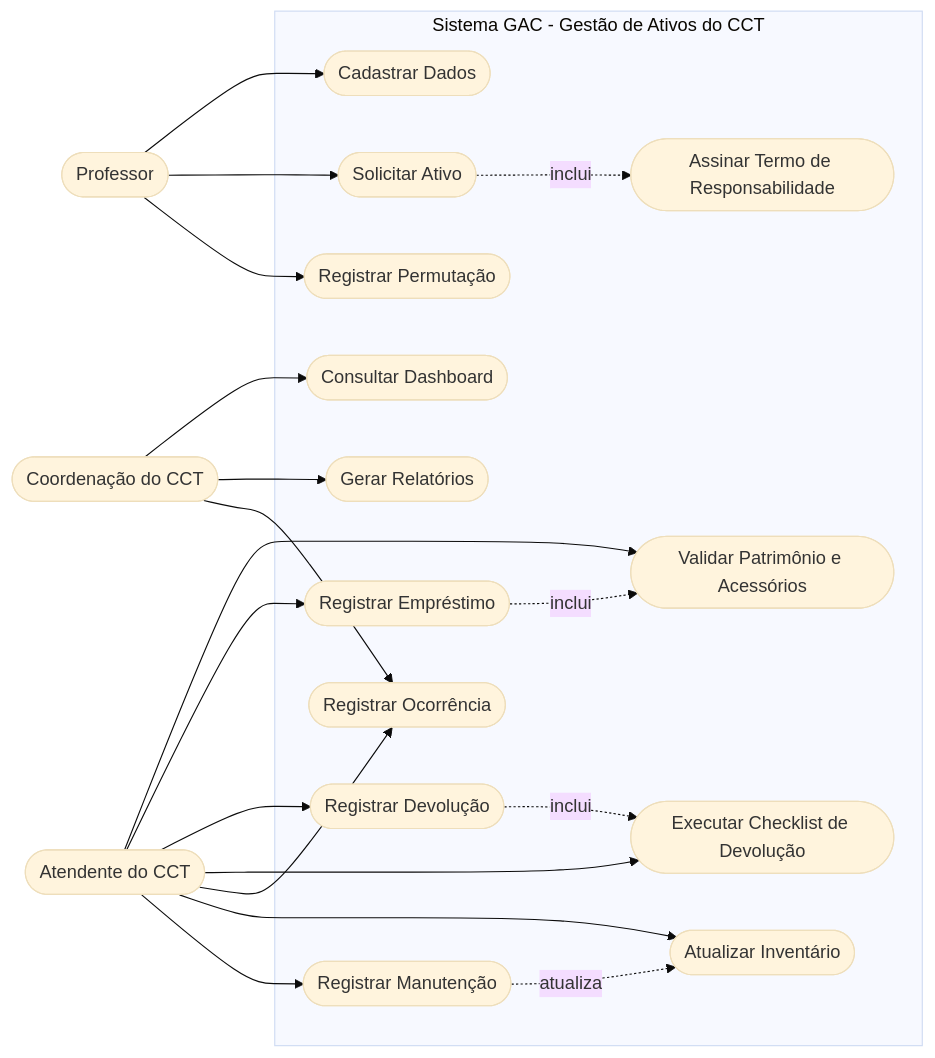
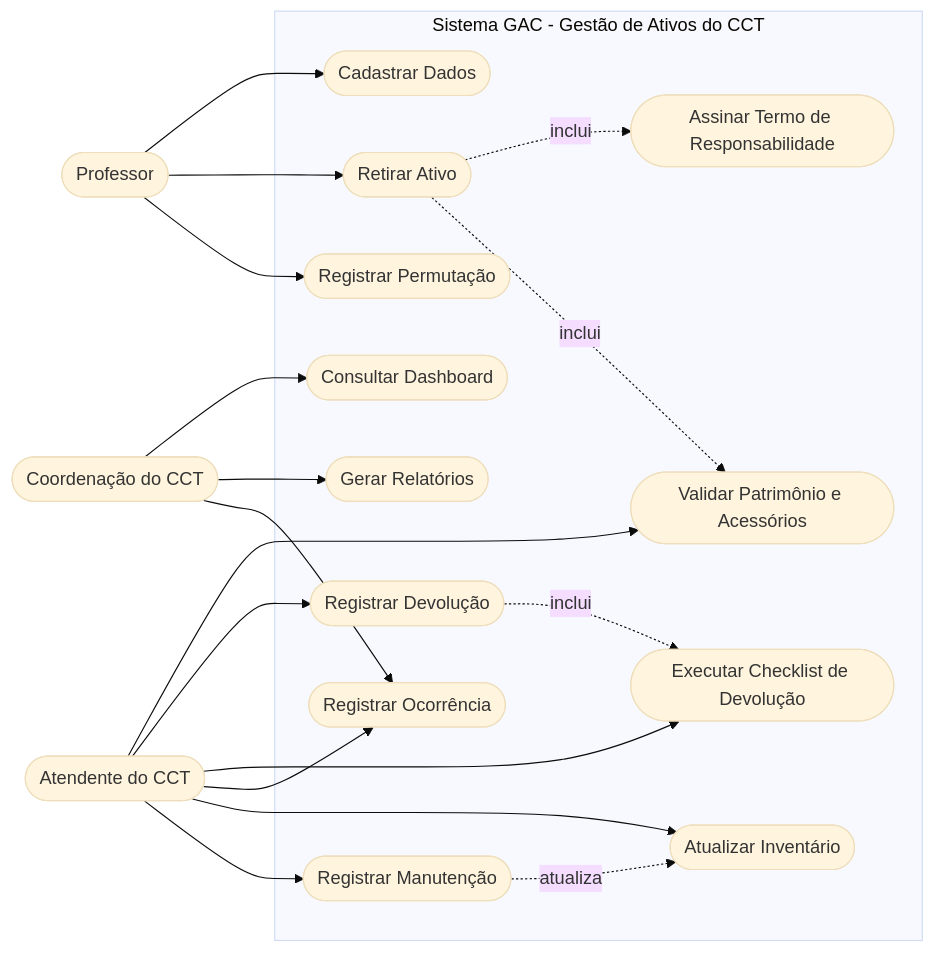
The first of 4 diagrams in Nova pasta/visao-demanda-gac.md (wanessadev/requisitos-2026--GAC--manitos), drawn with Mermaid (base theme) before and after one commit. The commit also changed other lines of this file, not shown here.

````diff
--- a/Nova pasta/visao-demanda-gac.md
+++ b/Nova pasta/visao-demanda-gac.md
@@ -271,41 +264,39 @@
 ```mermaid
 flowchart LR
   P(["Professor"])
   A(["Atendente do CCT"])
   C(["Coordenação do CCT"])
 
   subgraph GAC["Sistema GAC - Gestão de Ativos do CCT"]
     UC1(["Cadastrar Dados"])
-    UC2(["Solicitar Ativo"])
-    UC3(["Validar Patrimônio e Acessórios"])
-    UC4(["Assinar Termo de Responsabilidade"])
-    UC5(["Registrar Empréstimo"])
-    UC6(["Registrar Devolução"])
-    UC7(["Executar Checklist de Devolução"])
-    UC8(["Registrar Permutação"])
-    UC9(["Registrar Ocorrência"])
-    UC10(["Atualizar Inventário"])
-    UC11(["Consultar Dashboard"])
-    UC12(["Gerar Relatórios"])
-    UC13(["Registrar Manutenção"])
+    UC2(["Retirar Ativo"])
+    UC3(["Assinar Termo de Responsabilidade"])
+    UC4(["Validar Patrimônio e Acessórios"])
+    UC5(["Registrar Devolução"])
+    UC6(["Executar Checklist de Devolução"])
+    UC7(["Registrar Permutação"])
+    UC8(["Registrar Ocorrência"])
+    UC9(["Atualizar Inventário"])
+    UC10(["Consultar Dashboard"])
+    UC11(["Gerar Relatórios"])
+    UC12(["Registrar Manutenção"])
   end
 
   P --> UC1
   P --> UC2
-  P --> UC8
-  A --> UC3
+  P --> UC7
+  A --> UC4
   A --> UC5
   A --> UC6
-  A --> UC7
+  A --> UC8
   A --> UC9
-  A --> UC10
-  A --> UC13
+  A --> UC12
+  C --> UC10
   C --> UC11
-  C --> UC12
-  C --> UC9
+  C --> UC8
 
+  UC2 -. inclui .-> UC3
   UC2 -. inclui .-> UC4
-  UC5 -. inclui .-> UC3
-  UC6 -. inclui .-> UC7
-  UC13 -. atualiza .-> UC10
+  UC5 -. inclui .-> UC6
+  UC12 -. atualiza .-> UC9
 ```
````
